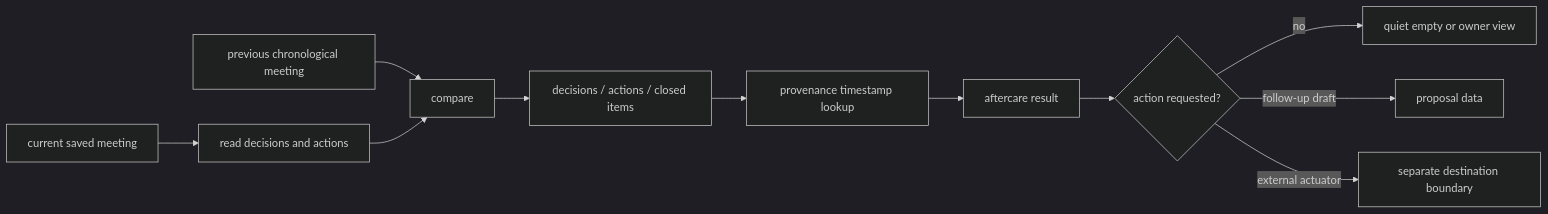
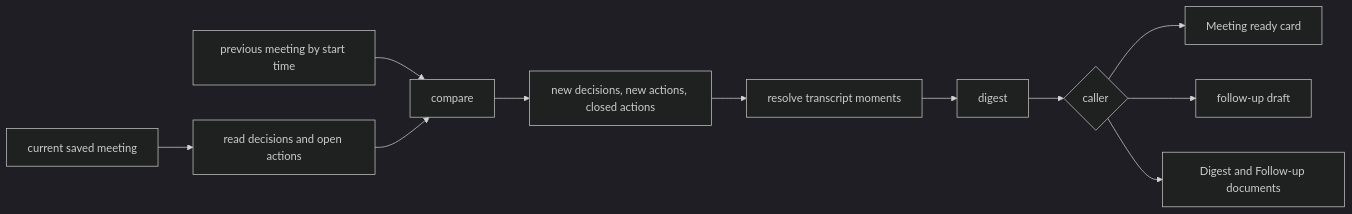
One commit to karolswdev/HoldSpeak changed the diagram in docs/MEETING_AFTERCARE.md. Above: the diagram before and after it, drawn with Mermaid (dark theme). The commit also changed other lines of this file and 66 other files, not shown here.

````diff
--- a/docs/MEETING_AFTERCARE.md
+++ b/docs/MEETING_AFTERCARE.md
@@ -7,13 +25,13 @@
 ```mermaid
 flowchart LR
-    A[current saved meeting] --> B[read decisions and actions]
-    C[previous chronological meeting] --> D[compare]
+    A[current saved meeting] --> B[read decisions and open actions]
+    C[previous meeting by start time] --> D[compare]
     B --> D
-    D --> E[decisions / actions / closed items]
-    E --> F[provenance timestamp lookup]
-    F --> G[aftercare result]
-    G --> H{action requested?}
-    H -->|no| I[quiet empty or owner view]
-    H -->|follow-up draft| J[proposal data]
-    H -->|external actuator| K[separate destination boundary]
+    D --> E[new decisions, new actions, closed actions]
+    E --> F[resolve transcript moments]
+    F --> G[digest]
+    G --> H{caller}
+    H --> I[Meeting ready card]
+    H --> J[follow-up draft]
+    H --> K[Digest and Follow-up documents]
 ```
````
